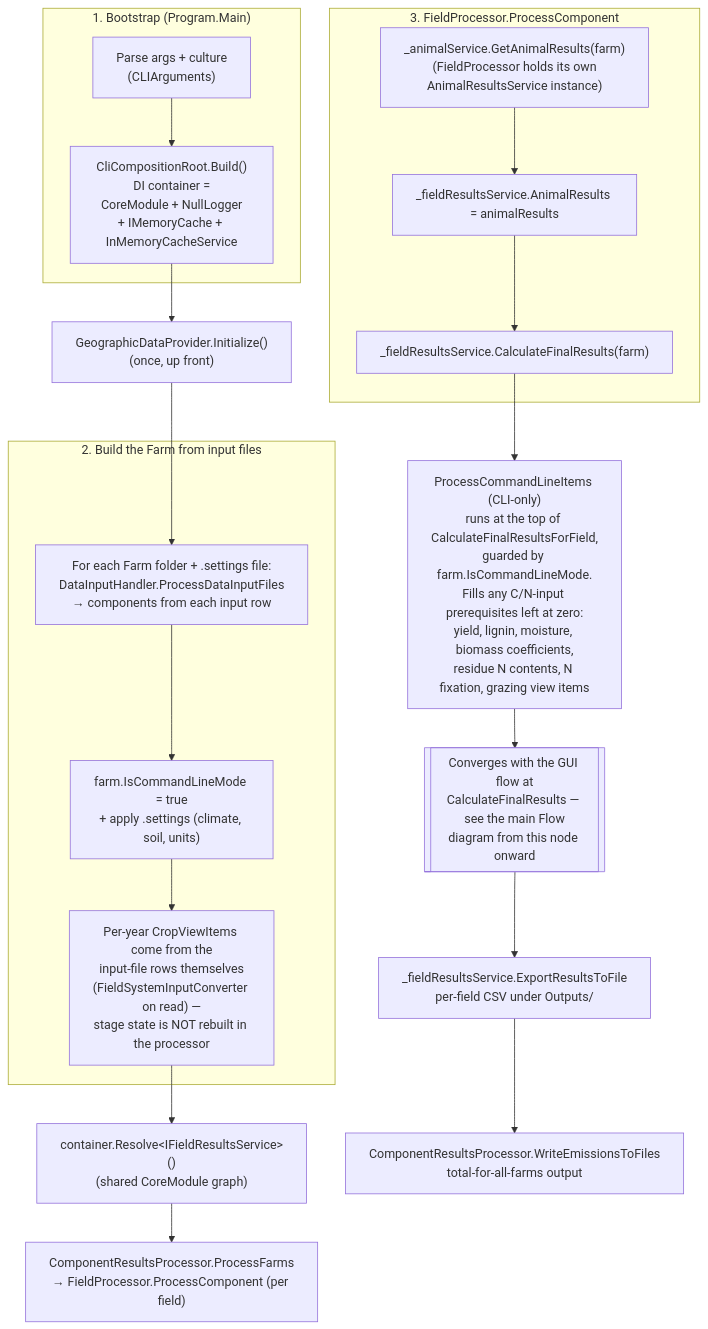
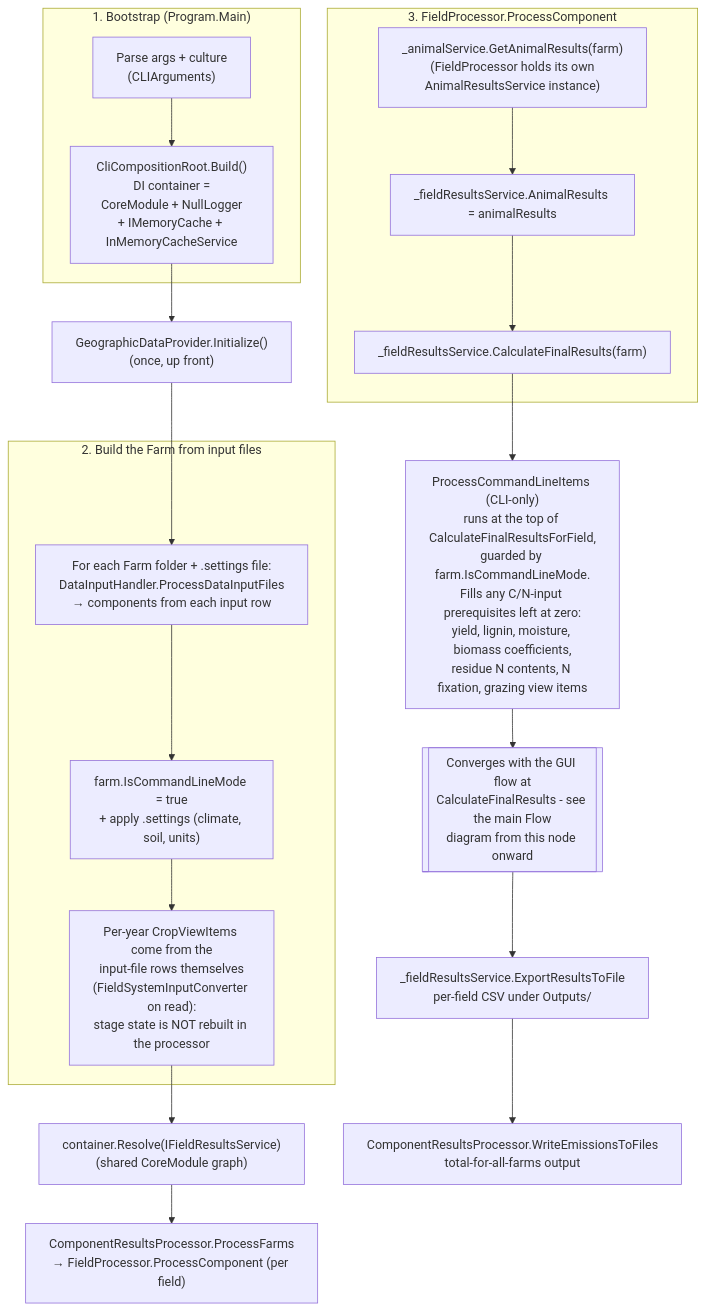
One commit to holos-aafc/Holos-5 changed the second of 4 diagrams in H.Content/Documentation/Developer Guide/Carbon_Model_Flow.md. Above: the diagram before and after it, drawn with Mermaid. The commit also changed other lines of this file and 1 other file, not shown here.

First line of the commit message:
Make Mermaid diagrams render in Visual Studio's preview

````diff
--- a/H.Content/Documentation/Developer Guide/Carbon_Model_Flow.md
+++ b/H.Content/Documentation/Developer Guide/Carbon_Model_Flow.md
@@ -133,47 +133,47 @@
 ```mermaid
 flowchart TD
     %% ========================================================================
     %% 1. CLI BOOTSTRAP
     %% ========================================================================
     subgraph boot ["1. Bootstrap (Program.Main)"]
         Args["Parse args + culture<br/>(CLIArguments)"]
         Root["CliCompositionRoot.Build()<br/>DI container =<br/>CoreModule + NullLogger<br/>+ IMemoryCache + InMemoryCacheService"]
         Args --> Root
     end
 
     %% ========================================================================
     %% 2. INPUT FILES → FARM
     %% ========================================================================
     Root --> Geo["GeographicDataProvider.Initialize()<br/>(once, up front)"]
     Geo --> Read
 
     subgraph parse ["2. Build the Farm from input files"]
         Read["For each Farm folder + .settings file:<br/>DataInputHandler.ProcessDataInputFiles<br/>→ components from each input row"]
         Read --> Flags["farm.IsCommandLineMode = true<br/>+ apply .settings (climate, soil, units)"]
-        Flags --> Stage["Per-year CropViewItems come from the<br/>input-file rows themselves<br/>(FieldSystemInputConverter on read) —<br/>stage state is NOT rebuilt in the processor"]
+        Flags --> Stage["Per-year CropViewItems come from the<br/>input-file rows themselves<br/>(FieldSystemInputConverter on read):<br/>stage state is NOT rebuilt in the processor"]
     end
 
     %% ========================================================================
     %% 3. PER-FARM PROCESSING
     %% ========================================================================
-    Stage --> Resolve["container.Resolve&lt;IFieldResultsService&gt;()<br/>(shared CoreModule graph)"]
+    Stage --> Resolve["container.Resolve(IFieldResultsService)<br/>(shared CoreModule graph)"]
     Resolve --> PF["ComponentResultsProcessor.ProcessFarms<br/>→ FieldProcessor.ProcessComponent (per field)"]
 
     subgraph proc ["3. FieldProcessor.ProcessComponent"]
         An["_animalService.GetAnimalResults(farm)<br/>(FieldProcessor holds its own<br/>AnimalResultsService instance)"]
         An --> Prime["_fieldResultsService.AnimalResults = animalResults"]
         Prime --> Call["_fieldResultsService.CalculateFinalResults(farm)"]
     end
 
     %% ========================================================================
     %% 4. CLI-ONLY RESIDUE FILL + CONVERGENCE
     %% ========================================================================
     Call --> PCLI["ProcessCommandLineItems (CLI-only)<br/>runs at the top of CalculateFinalResultsForField,<br/>guarded by farm.IsCommandLineMode.<br/>Fills any C/N-input prerequisites left at zero:<br/>yield, lignin, moisture, biomass coefficients,<br/>residue N contents, N fixation, grazing view items"]
-    PCLI --> Converge[["Converges with the GUI flow at<br/>CalculateFinalResults — see the main Flow<br/>diagram from this node onward"]]
+    PCLI --> Converge[["Converges with the GUI flow at<br/>CalculateFinalResults - see the main Flow<br/>diagram from this node onward"]]
 
     %% ========================================================================
     %% 5. OUTPUT
     %% ========================================================================
     Converge --> Out["_fieldResultsService.ExportResultsToFile<br/>per-field CSV under Outputs/"]
     Out --> Total["ComponentResultsProcessor.WriteEmissionsToFiles<br/>total-for-all-farms output"]
 ```
````
